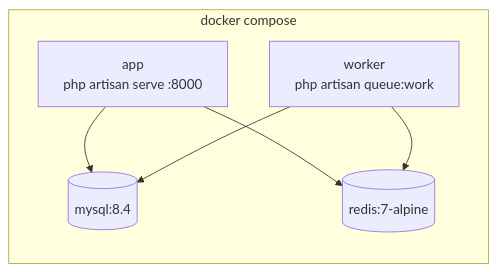
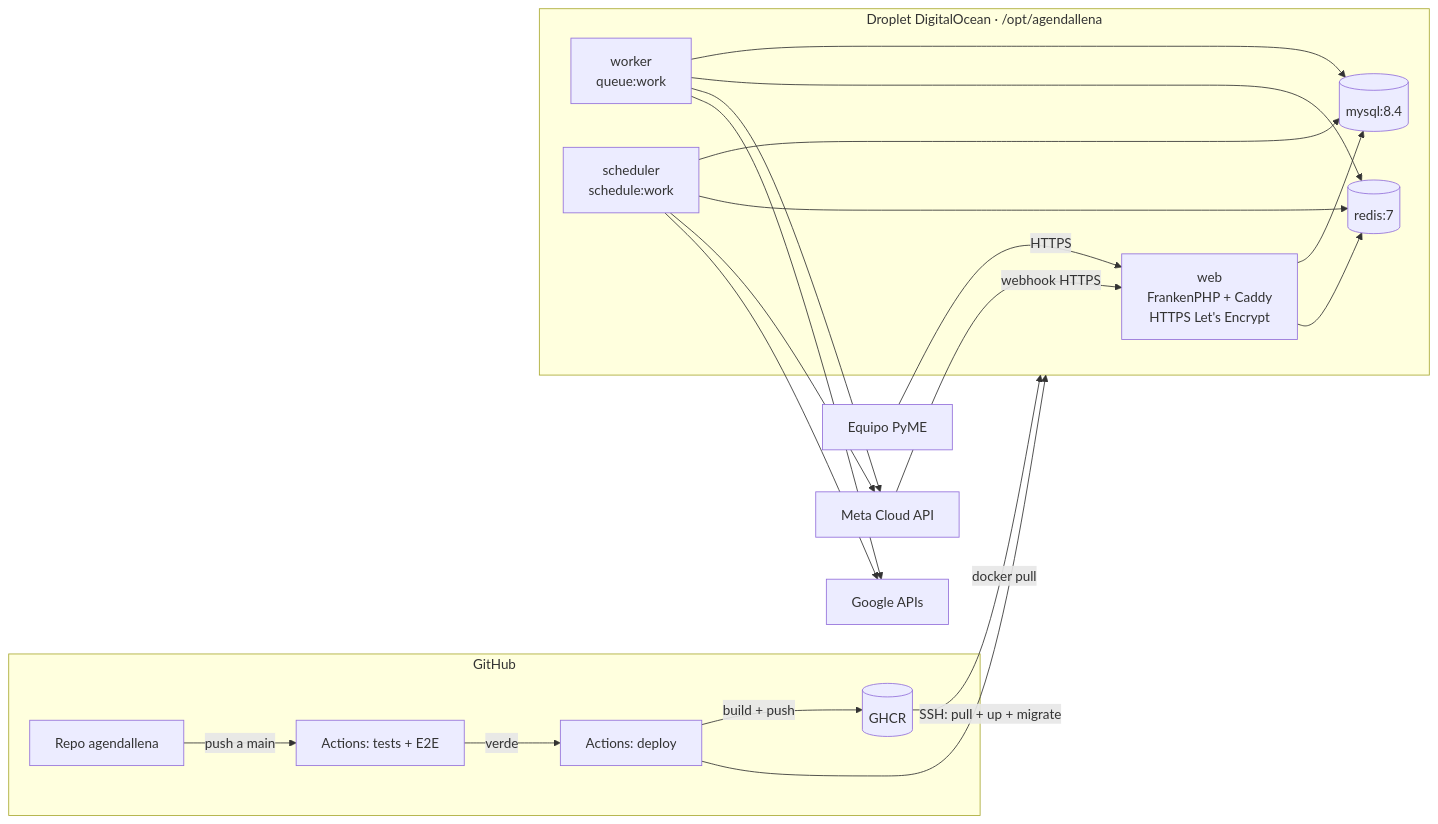
The second of 3 diagrams in readme.md (diegomottadev/agendallenaia), drawn with Mermaid before and after one commit. The commit also changed other lines of this file and 17 other files, not shown here.

````diff
--- a/readme.md
+++ b/readme.md
@@ -243,11 +311,23 @@
 ```mermaid
 flowchart LR
-    subgraph compose["docker compose"]
-        app["app<br>php artisan serve :8000"]
-        worker["worker<br>php artisan queue:work"]
-        mysql[("mysql:8.4")]
-        redis[("redis:7-alpine")]
+    subgraph GH["GitHub"]
+        Repo["Repo agendallena"] -->|push a main| CI["Actions: tests + E2E"]
+        CI -->|verde| CD["Actions: deploy"]
+        CD -->|build + push| GHCR[("GHCR")]
     end
-    app --> mysql & redis
-    worker --> mysql & redis
+
+    subgraph DO["Droplet DigitalOcean · /opt/agendallena"]
+        Web["web<br>FrankenPHP + Caddy<br>HTTPS Let's Encrypt"]
+        Worker["worker<br>queue:work"]
+        Sched["scheduler<br>schedule:work"]
+        MySQL[("mysql:8.4")]
+        Redis[("redis:7")]
+    end
+
+    Meta["Meta Cloud API"] -->|webhook HTTPS| Web
+    Usuario["Equipo PyME"] -->|HTTPS| Web
+    Web & Worker & Sched --> MySQL & Redis
+    Worker & Sched --> Meta & Google["Google APIs"]
+    CD -->|SSH: pull + up + migrate| DO
+    GHCR -->|docker pull| DO
 ```
````
